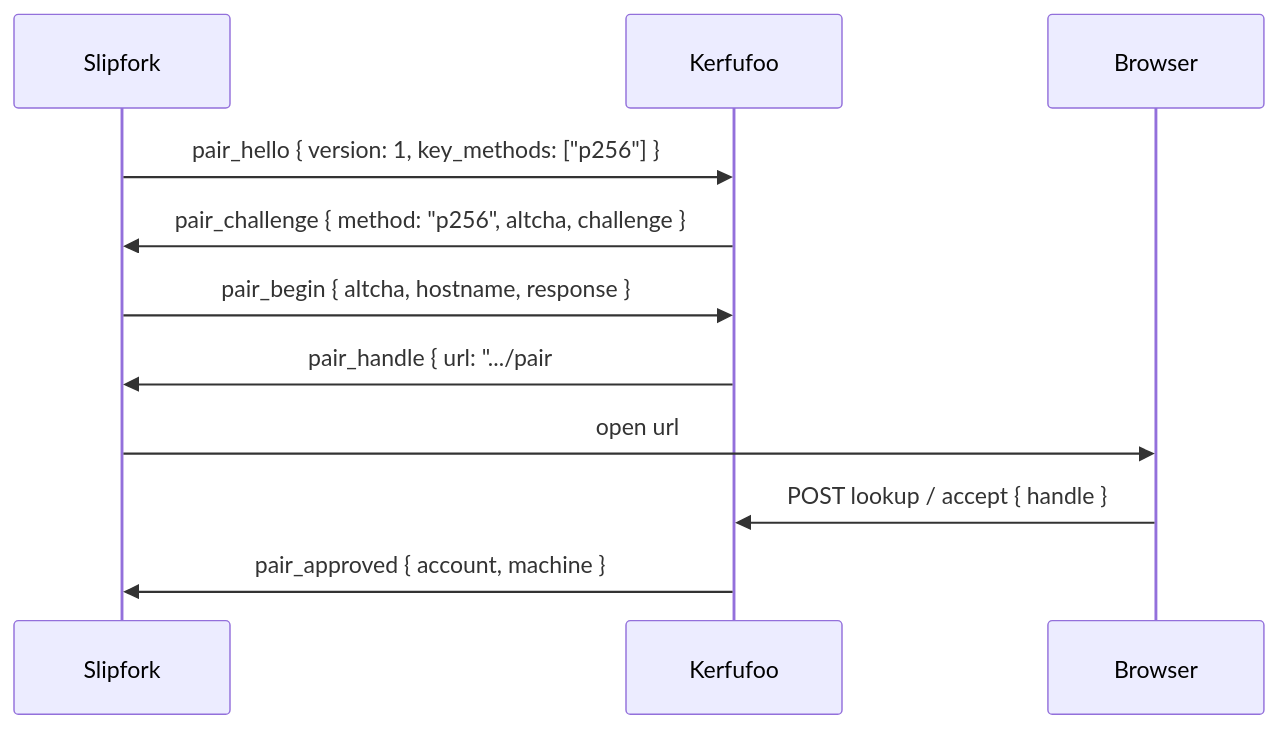
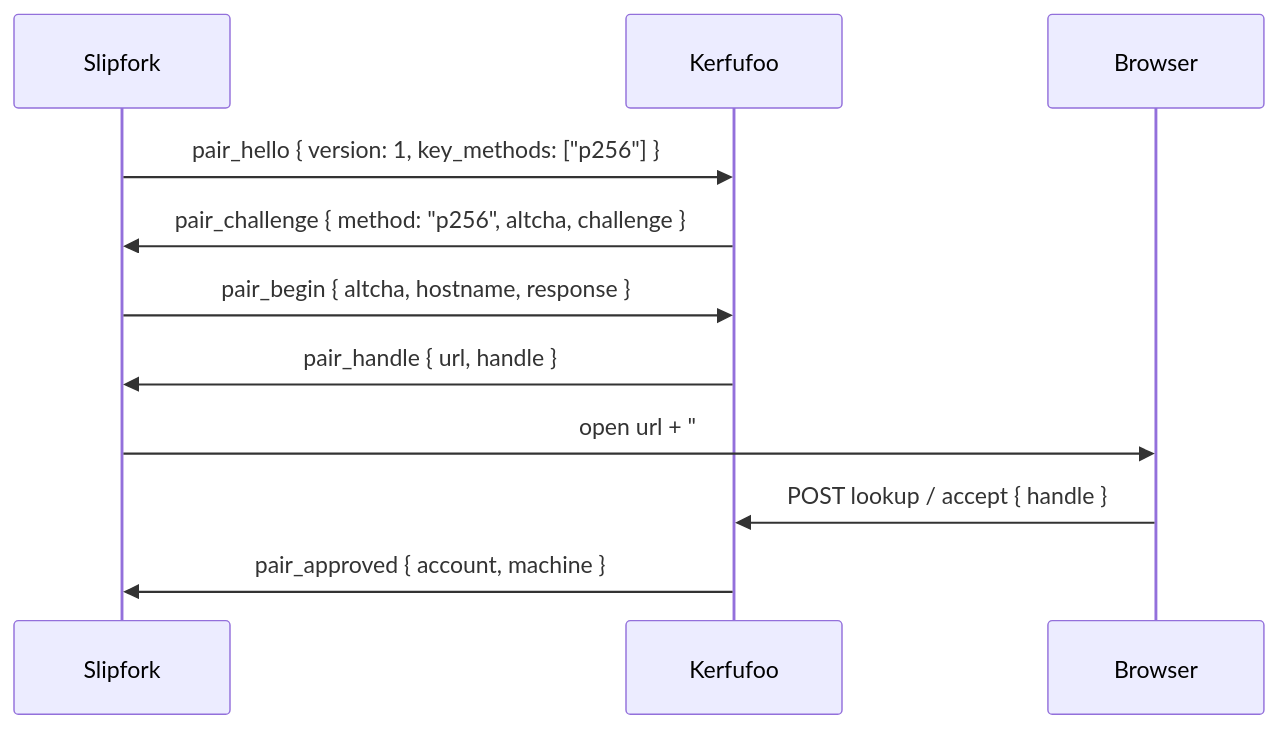
One commit to OffworldNexus/slipfork changed the second of 4 diagrams in docs/design/ospp.md. Above: the diagram before and after it, drawn with Mermaid. The commit also changed other lines of this file and 1 other file, not shown here.

Commit message:
[M3.28.19] Split pair_handle into server-supplied URL and handle

````diff
--- a/docs/design/ospp.md
+++ b/docs/design/ospp.md
@@ -54,13 +54,13 @@
 ```mermaid
 sequenceDiagram
   participant C as Slipfork
   participant S as Kerfufoo
   participant B as Browser
   C->>S: pair_hello { version: 1, key_methods: ["p256"] }
   S->>C: pair_challenge { method: "p256", altcha, challenge }
   C->>S: pair_begin { altcha, hostname, response }
-  S->>C: pair_handle { url: ".../pair#handle=<hex>" }
-  C->>B: open url
+  S->>C: pair_handle { url, handle }
+  C->>B: open url + "#handle=" + handle
   B->>S: POST lookup / accept { handle }
   S->>C: pair_approved { account, machine }
 ```
````
